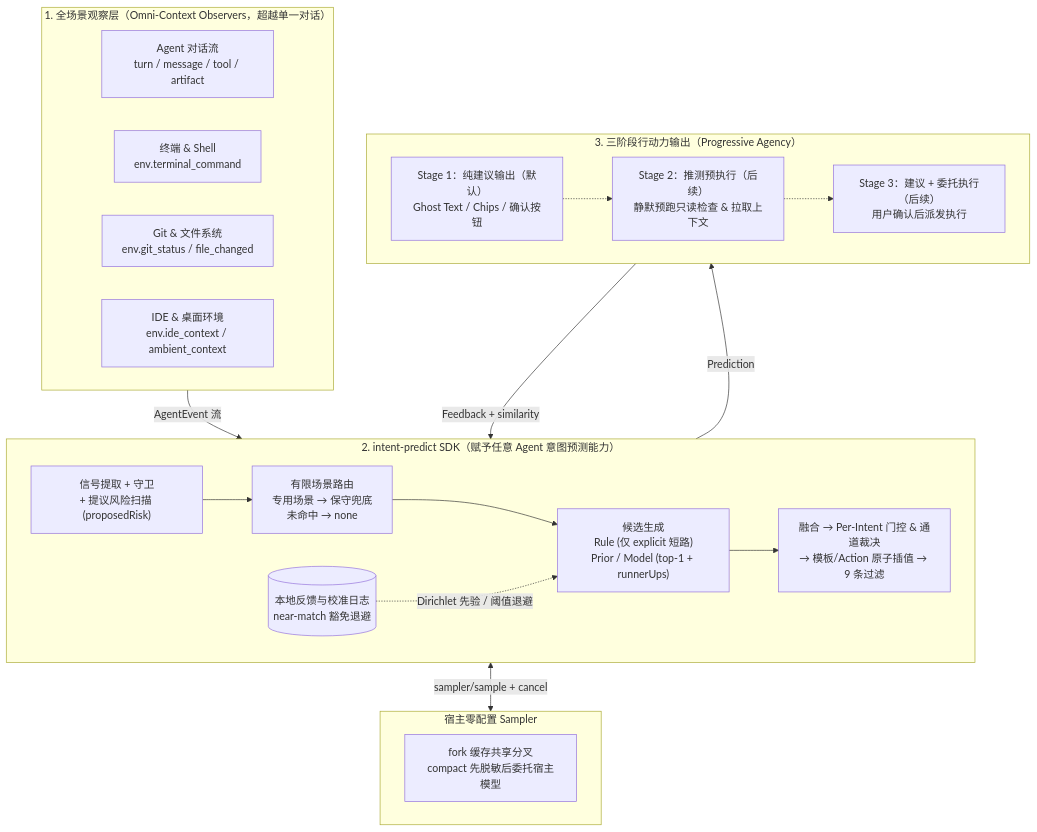
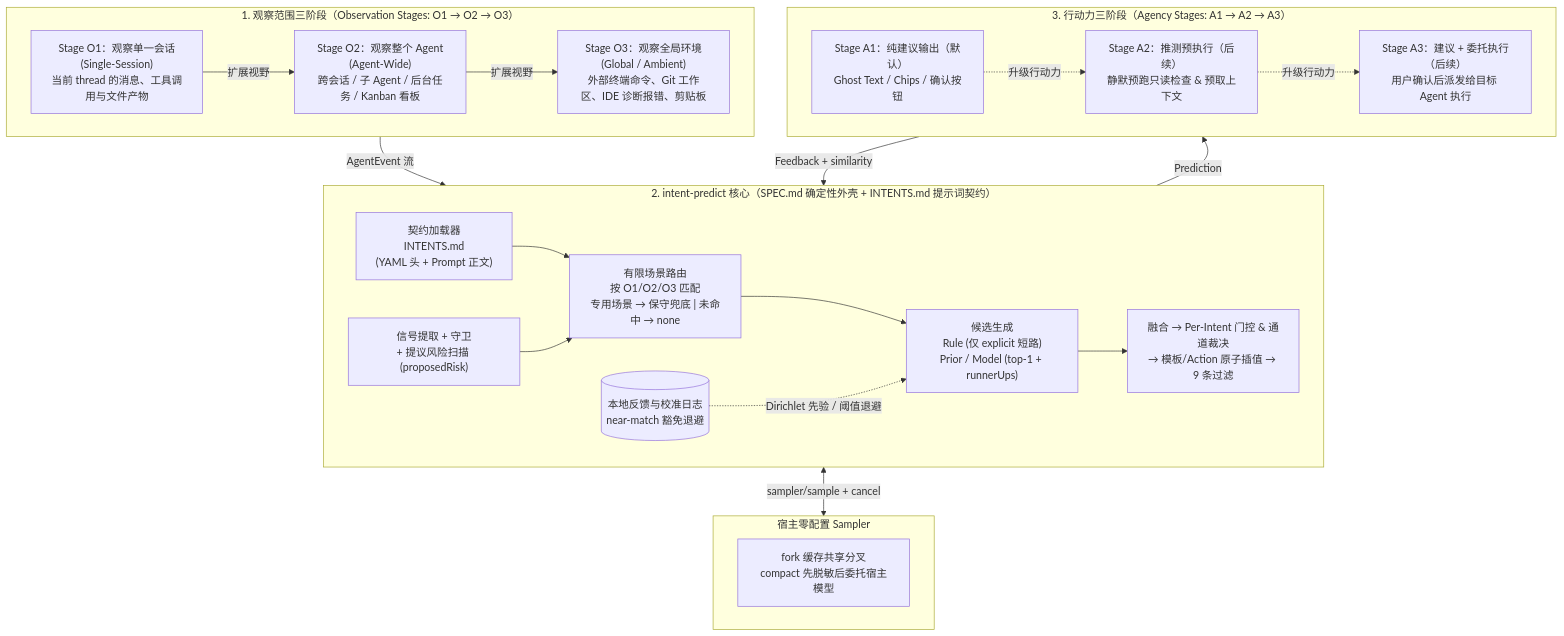
Before and after one commit to susyimes/intent-predict: the diagram in README.md, drawn with Mermaid. The commit also changed other lines of this file and 5 other files, not shown here.

First line of the commit message:
feat(spec): adopt Symphony-style SPEC.md + INTENTS.md contract and 3-stage observation model (O1/O2/O3)

````diff
--- a/README.md
+++ b/README.md
@@ -31,38 +41,40 @@
 ```mermaid
 flowchart TB
-  subgraph Observers["1. 全场景观察层（Omni-Context Observers，超越单一对话）"]
+  subgraph Obs["1. 观察范围三阶段（Observation Stages: O1 → O2 → O3）"]
     direction LR
-    O1["Agent 对话流<br/>turn / message / tool / artifact"]
-    O2["终端 & Shell<br/>env.terminal_command"]
-    O3["Git & 文件系统<br/>env.git_status / file_changed"]
-    O4["IDE & 桌面环境<br/>env.ide_context / ambient_context"]
+    O1["Stage O1：观察单一会话<br/>(Single-Session)<br/>当前 thread 的消息、工具调用与文件产物"]
+    O2["Stage O2：观察整个 Agent<br/>(Agent-Wide)<br/>跨会话 / 子 Agent / 后台任务 / Kanban 看板"]
+    O3["Stage O3：观察全局环境<br/>(Global / Ambient)<br/>外部终端命令、Git 工作区、IDE 诊断报错、剪贴板"]
+    O1 -->|"扩展视野"| O2 -->|"扩展视野"| O3
   end
 
-  subgraph Engine["2. intent-predict SDK（赋予任意 Agent 意图预测能力）"]
+  subgraph Engine["2. intent-predict 核心（SPEC.md 确定性外壳 + INTENTS.md 提示词契约）"]
     direction LR
+    LD["契约加载器<br/>INTENTS.md<br/>(YAML 头 + Prompt 正文)"]
     SG["信号提取 + 守卫<br/>+ 提议风险扫描 (proposedRisk)"]
-    SR["有限场景路由<br/>专用场景 → 保守兜底<br/>未命中 → none"]
+    SR["有限场景路由<br/>按 O1/O2/O3 匹配<br/>专用场景 → 保守兜底 | 未命中 → none"]
     CS["候选生成<br/>Rule (仅 explicit 短路)<br/>Prior / Model (top-1 + runnerUps)"]
     FG["融合 → Per-Intent 门控 & 通道裁决<br/>→ 模板/Action 原子插值 → 9 条过滤"]
     FB[("本地反馈与校准日志<br/>near-match 豁免退避")]
+    LD --> SR
     SG --> SR --> CS --> FG
     FB -.->|"Dirichlet 先验 / 阈值退避"| CS
   end
 
   subgraph Sampler["宿主零配置 Sampler"]
     SM["fork 缓存共享分叉<br/>compact 先脱敏后委托宿主模型"]
   end
 
-  subgraph Agency["3. 三阶段行动力输出（Progressive Agency）"]
+  subgraph Agency["3. 行动力三阶段（Agency Stages: A1 → A2 → A3）"]
     direction LR
-    A1["Stage 1：纯建议输出（默认）<br/>Ghost Text / Chips / 确认按钮"]
-    A2["Stage 2：推测预执行（后续）<br/>静默预跑只读检查 & 拉取上下文"]
-    A3["Stage 3：建议 + 委托执行（后续）<br/>用户确认后派发执行"]
-    A1 -.-> A2 -.-> A3
+    A1["Stage A1：纯建议输出（默认）<br/>Ghost Text / Chips / 确认按钮"]
+    A2["Stage A2：推测预执行（后续）<br/>静默预跑只读检查 & 预取上下文"]
+    A3["Stage A3：建议 + 委托执行（后续）<br/>用户确认后派发给目标 Agent 执行"]
+    A1 -.->|"升级行动力"| A2 -.->|"升级行动力"| A3
   end
 
-  Observers -->|"AgentEvent 流"| SG
+  Obs -->|"AgentEvent 流"| SG
   CS <-->|"sampler/sample + cancel"| Sampler
   FG -->|"Prediction"| Agency
   Agency -->|"Feedback + similarity"| FB
 ```
````
